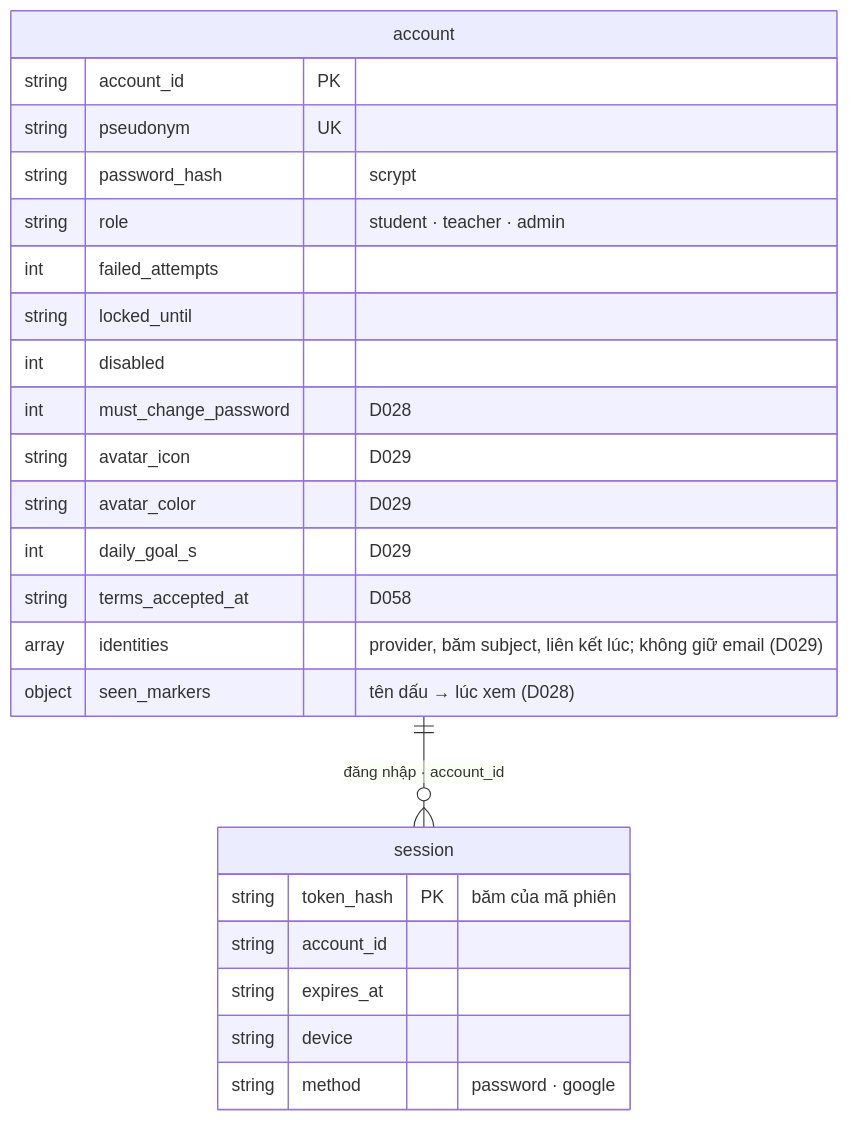
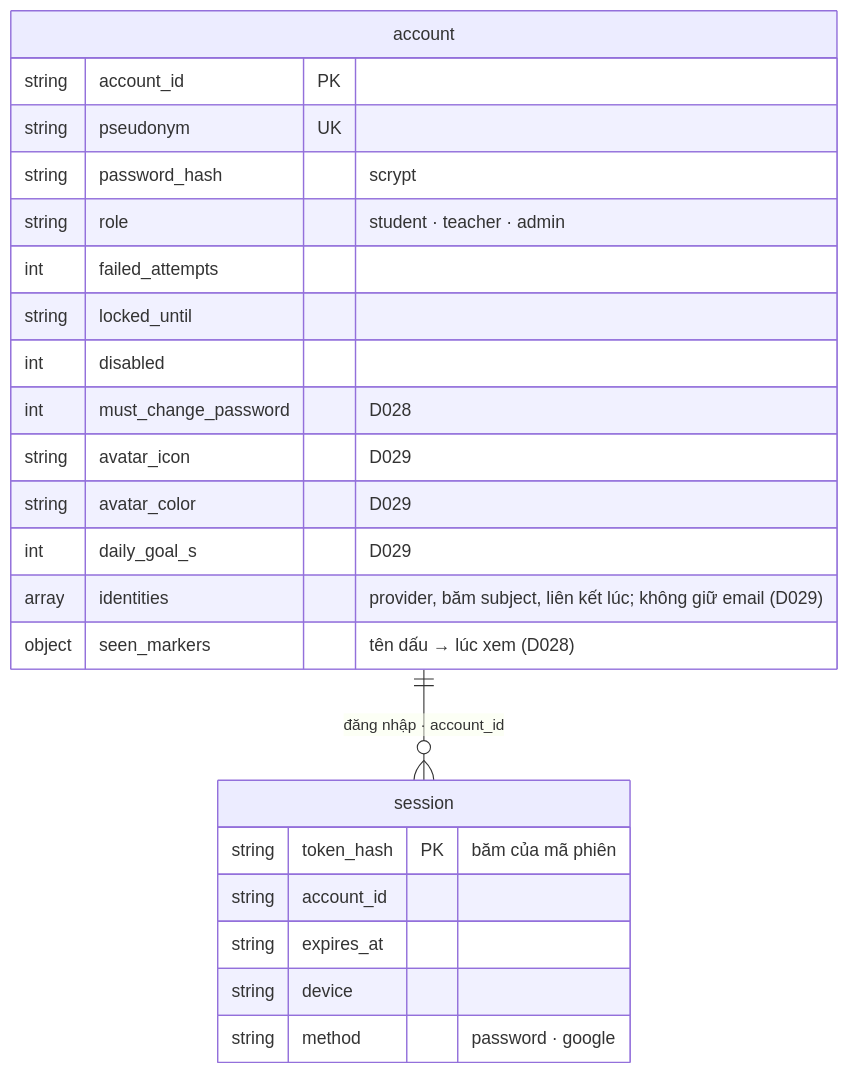
One commit to ThanhSangLouis/ai-assessor-cefr changed the seventh of 12 diagrams in docs/sdd/SDD.md. Above: the diagram before and after it, drawn with Mermaid. The commit also changed 80 other files, not shown here.

````diff
--- a/docs/sdd/SDD.md
+++ b/docs/sdd/SDD.md
@@ -1062,32 +1062,31 @@
 ```mermaid
 %% SDD - Diagram 5c: ERD - dinh danh (MongoDB, database core, D060)
 %% Lien ket Google va dau "da xem" nam trong document cua tai khoan; phien dang
 %% nhap la collection rieng vi can chi muc TTL tu xoa phien het han.
 erDiagram
     account ||--o{ session : "đăng nhập · account_id"
 
     account {
         string account_id PK
         string pseudonym UK
         string password_hash "scrypt"
         string role "student · teacher · admin"
         int failed_attempts
         string locked_until
         int disabled
         int must_change_password "D028"
         string avatar_icon "D029"
         string avatar_color "D029"
         int daily_goal_s "D029"
-        string terms_accepted_at "D058"
         array identities "provider, băm subject, liên kết lúc; không giữ email (D029)"
         object seen_markers "tên dấu → lúc xem (D028)"
     }
 
     session {
         string token_hash PK "băm của mã phiên"
         string account_id
         string expires_at
         string device
         string method "password · google"
     }
 ```
````
